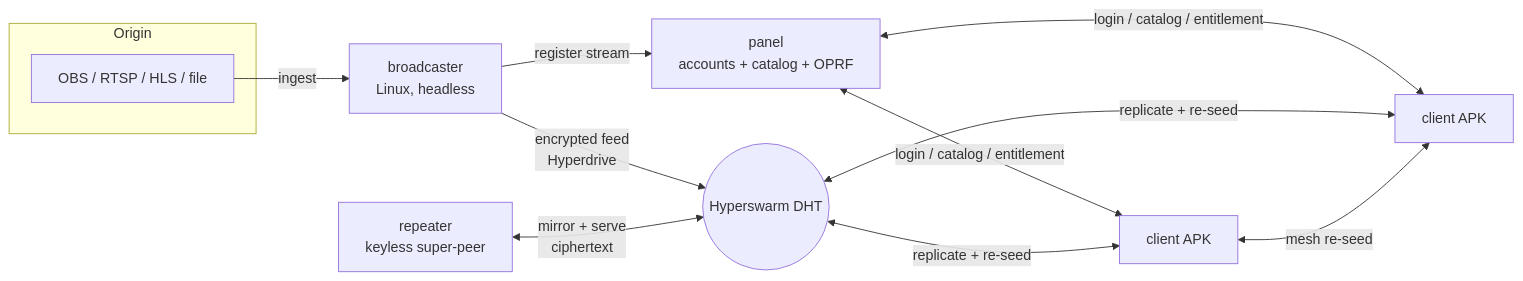
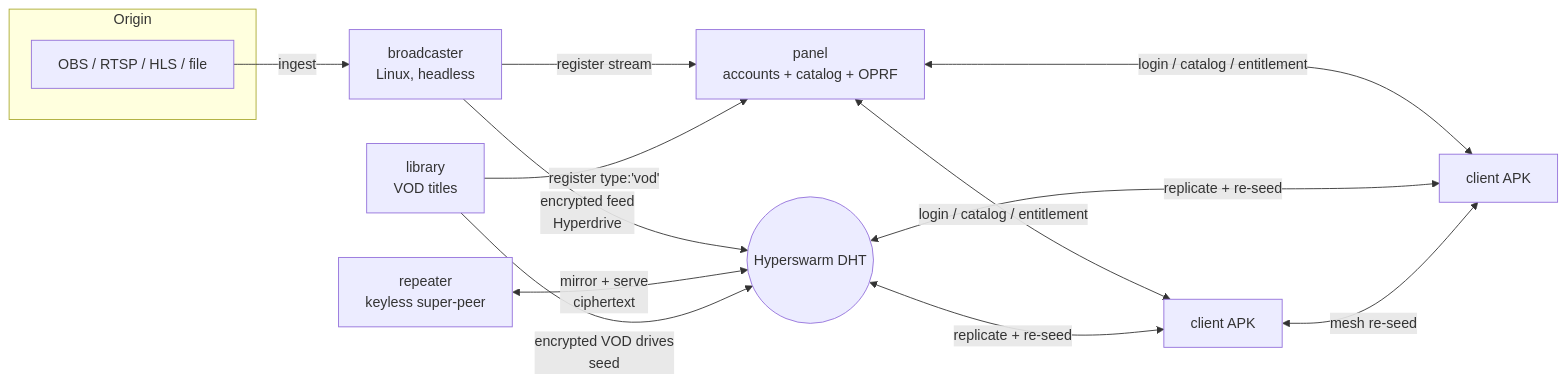
Before and after one commit to AbueloSimpson/aliran: the first of 4 diagrams in docs/architecture.md, drawn with Mermaid. The commit also changed other lines of this file and 41 other files, not shown here.

````diff
--- a/docs/architecture.md
+++ b/docs/architecture.md
@@ -7,15 +7,17 @@
 ```mermaid
 flowchart LR
   subgraph Origin
     OBS[OBS / RTSP / HLS / file]
   end
   OBS -->|ingest| B[broadcaster<br/>Linux, headless]
   B -->|encrypted feed<br/>Hyperdrive| SW((Hyperswarm DHT))
   B -->|register stream| P[panel<br/>accounts + catalog + OPRF]
   R[repeater<br/>keyless super-peer] <-->|mirror + serve<br/>ciphertext| SW
+  L[library<br/>VOD titles] -->|encrypted VOD drives<br/>seed| SW
+  L -->|register type:'vod'| P
   P <-->|login / catalog / entitlement| C1[client APK]
   P <-->|login / catalog / entitlement| C2[client APK]
   SW <-->|replicate + re-seed| C1
   SW <-->|replicate + re-seed| C2
   C1 <-->|mesh re-seed| C2
 ```
````
